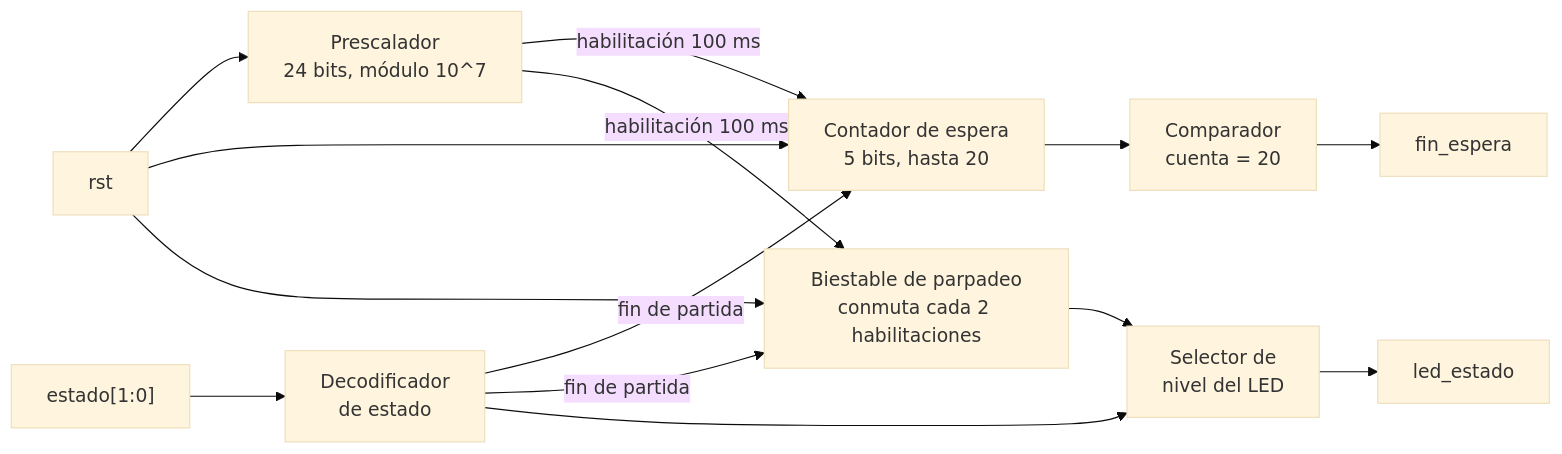
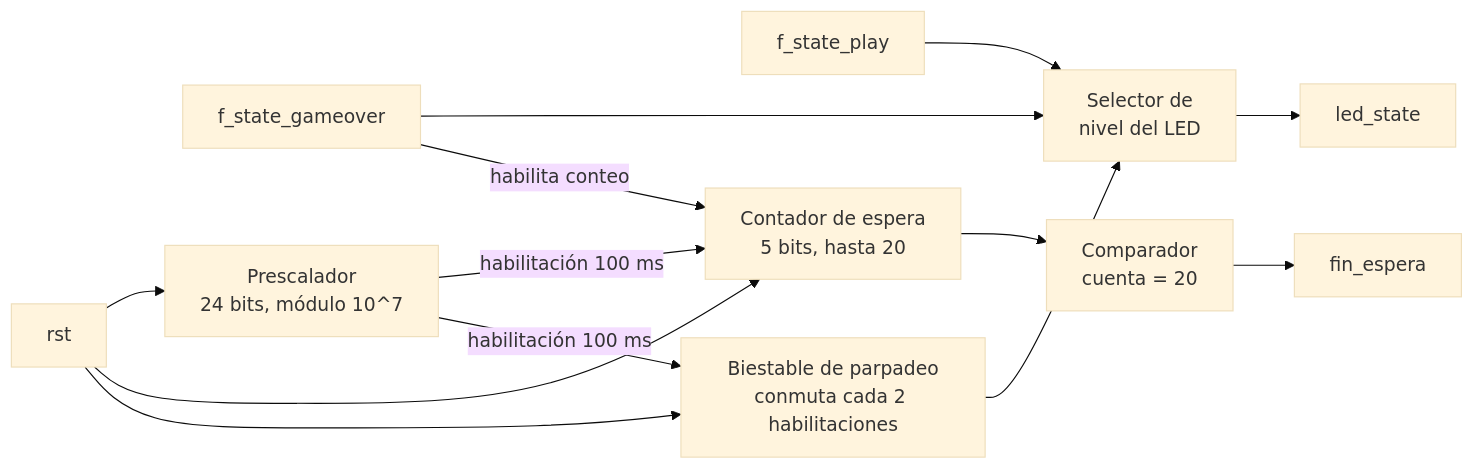
Before and after one commit to Taller-de-diseno-digital-GR01/Proyecto-1-Whack-a-mole: the diagram in docs/Diseños_Separados/fpga/m07_estado_juego.md, drawn with Mermaid (base theme). The commit also changed other lines of this file and 3 other files, not shown here.

````diff
--- a/docs/Diseños_Separados/fpga/m07_estado_juego.md
+++ b/docs/Diseños_Separados/fpga/m07_estado_juego.md
@@ -26,16 +40,15 @@
 ```mermaid
 flowchart LR
-    est["estado[1:0]"] --> DEC["Decodificador<br/>de estado"]
+    play["f_state_play"] --> SEL["Selector de<br/>nivel del LED"]
+    over["f_state_gameover"] --> SEL
     rst[rst] --> P
     P["Prescalador<br/>24 bits, módulo 10^7"] -->|habilitación 100 ms| T
     P -->|habilitación 100 ms| B
-    DEC -->|fin de partida| T
-    DEC -->|fin de partida| B
+    over -->|habilita conteo| T
     T["Contador de espera<br/>5 bits, hasta 20"] --> C20["Comparador<br/>cuenta = 20"]
     C20 --> fe[fin_espera]
-    B["Biestable de parpadeo<br/>conmuta cada 2 habilitaciones"] --> MUX
-    DEC --> MUX["Selector de<br/>nivel del LED"]
-    MUX --> led[led_estado]
+    B["Biestable de parpadeo<br/>conmuta cada 2 habilitaciones"] --> SEL
+    SEL --> led[led_state]
     rst --> T
     rst --> B
 ```
````
